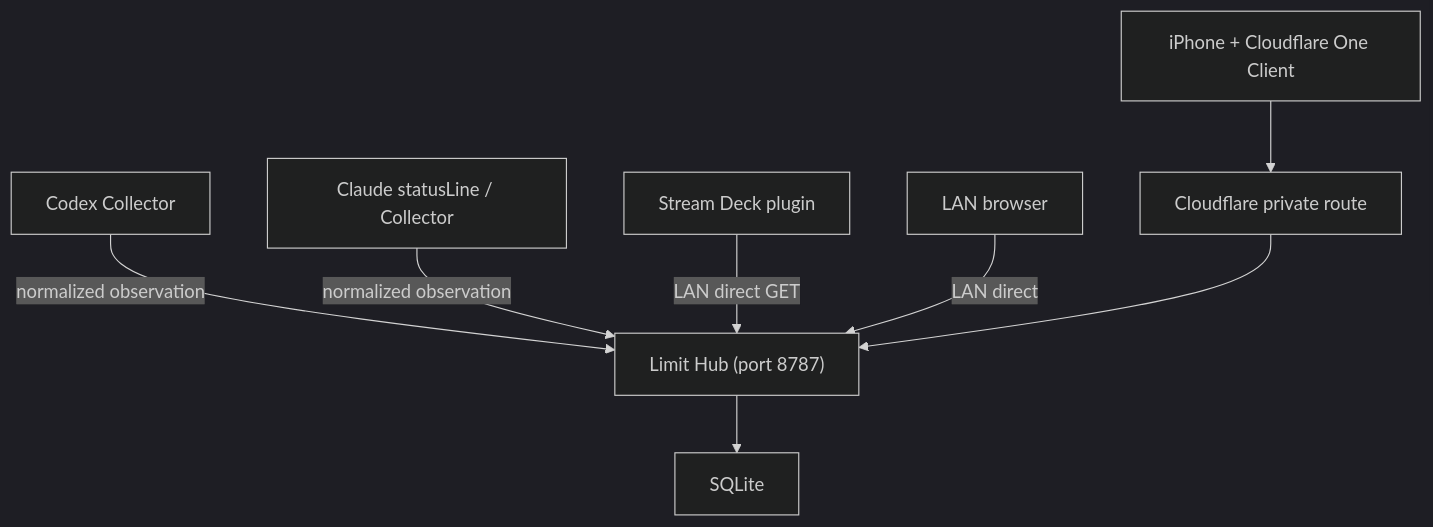
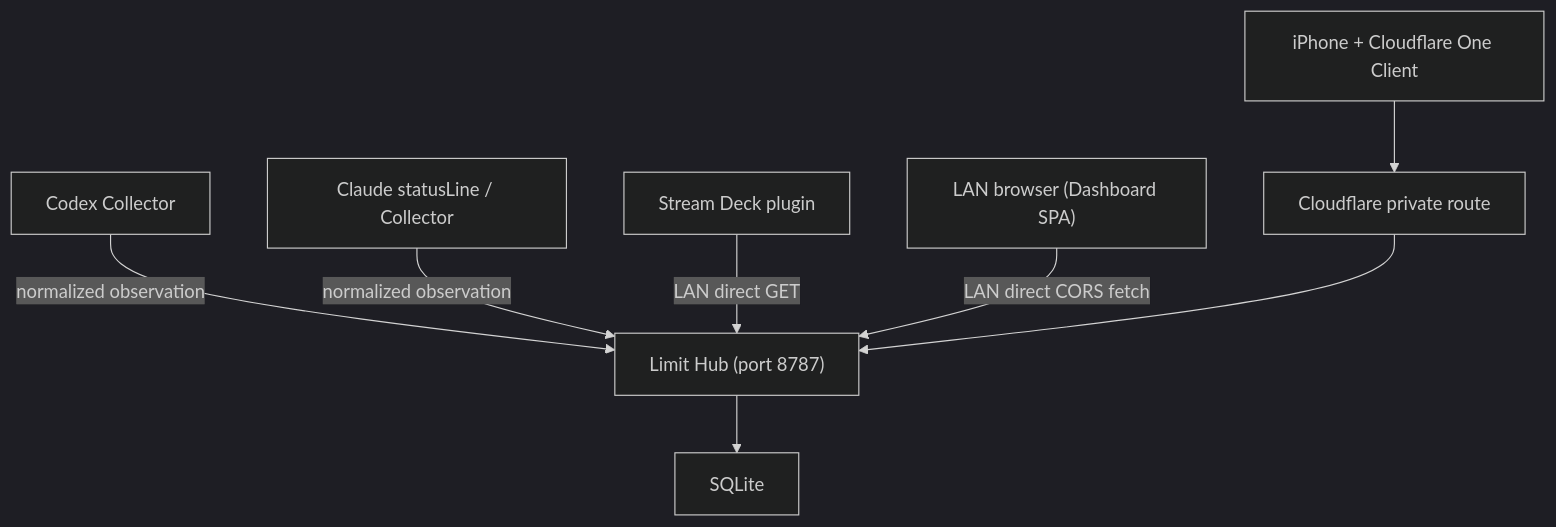
Before and after one commit to koh110/limit-monitor: the diagram in docs/architecture.md, drawn with Mermaid (dark theme). The commit also changed other lines of this file and 28 other files, not shown here.

Commit message:
feat: migrate dashboard to vite and direct cors fetch

````diff
--- a/docs/architecture.md
+++ b/docs/architecture.md
@@ -7,10 +7,10 @@
 ```mermaid
 flowchart TD
     C1["Codex Collector"] -->|"normalized observation"| H["Limit Hub (port 8787)"]
     C2["Claude statusLine / Collector"] -->|"normalized observation"| H
     H --> DB["SQLite"]
     SD["Stream Deck plugin"] -->|"LAN direct GET"| H
-    B["LAN browser"] -->|"LAN direct"| H
+    B["LAN browser (Dashboard SPA)"] -->|"LAN direct CORS fetch"| H
     IP["iPhone + Cloudflare One Client"] --> PR["Cloudflare private route"]
     PR --> H
 ```
````
